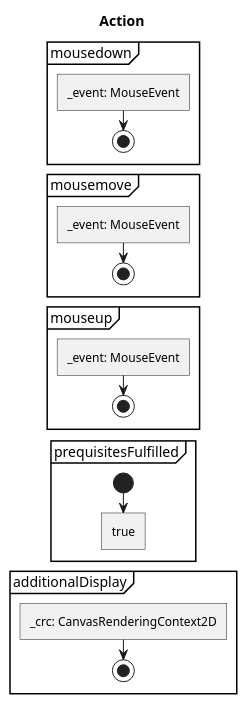
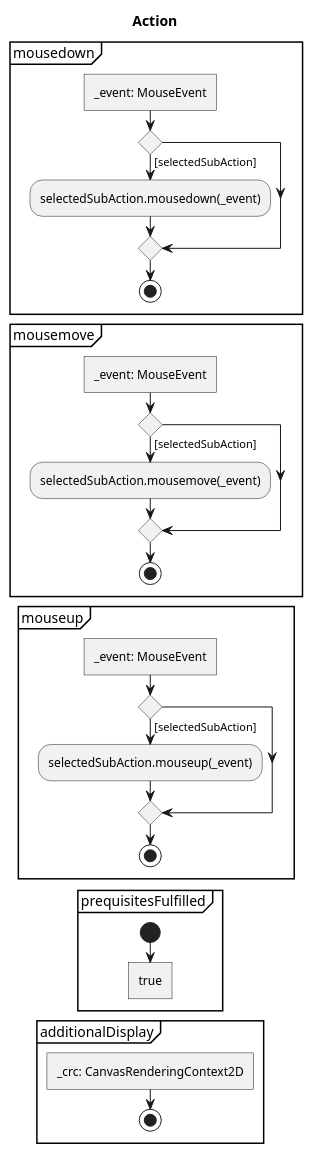
One commit to JirkaDellOro/FUDGE changed the diagram in Experiments/Lukas/VectorEditor/concept/Activities/Actions/Action.puml. Above: the diagram before and after it, drawn with PlantUML. The commit also changed 9 other files, not shown here.

```diff
--- a/Experiments/Lukas/VectorEditor/concept/Activities/Actions/Action.puml
+++ b/Experiments/Lukas/VectorEditor/concept/Activities/Actions/Action.puml
@@ -1,32 +1,41 @@
 @startuml Action
 skinparam monochrome true
 
 title Action
 
 partition mousedown {
 	:_event: MouseEvent]
+	if() then ([selectedSubAction])
+		:selectedSubAction.mousedown(_event);
+	endif
 	stop
 }
 
 partition mousemove {
 	:_event: MouseEvent]
+	if() then ([selectedSubAction])
+		:selectedSubAction.mousemove(_event);
+	endif
 	stop
 }
 
 partition mouseup {
 	:_event: MouseEvent]
+	if() then ([selectedSubAction])
+		:selectedSubAction.mouseup(_event);
+	endif
 	stop
 }
 
 partition prequisitesFulfilled {
 	start
 	:true]
 	detach
 }
 
 partition additionalDisplay {
 	:_crc: CanvasRenderingContext2D]
 	stop
 }
 
 @enduml
```
